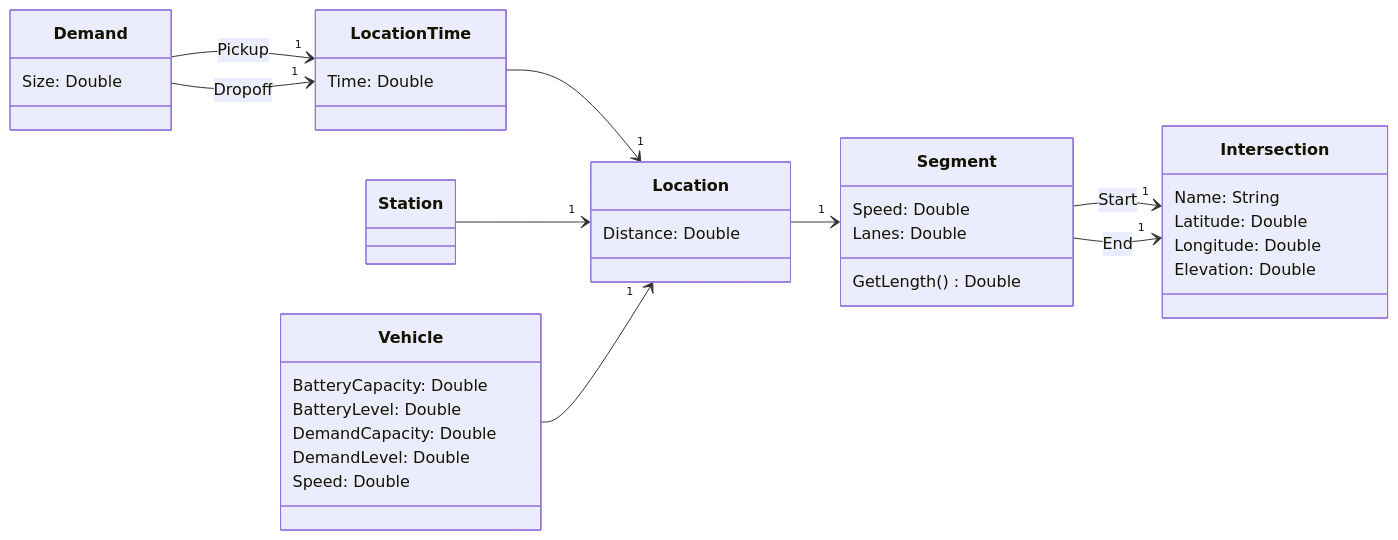
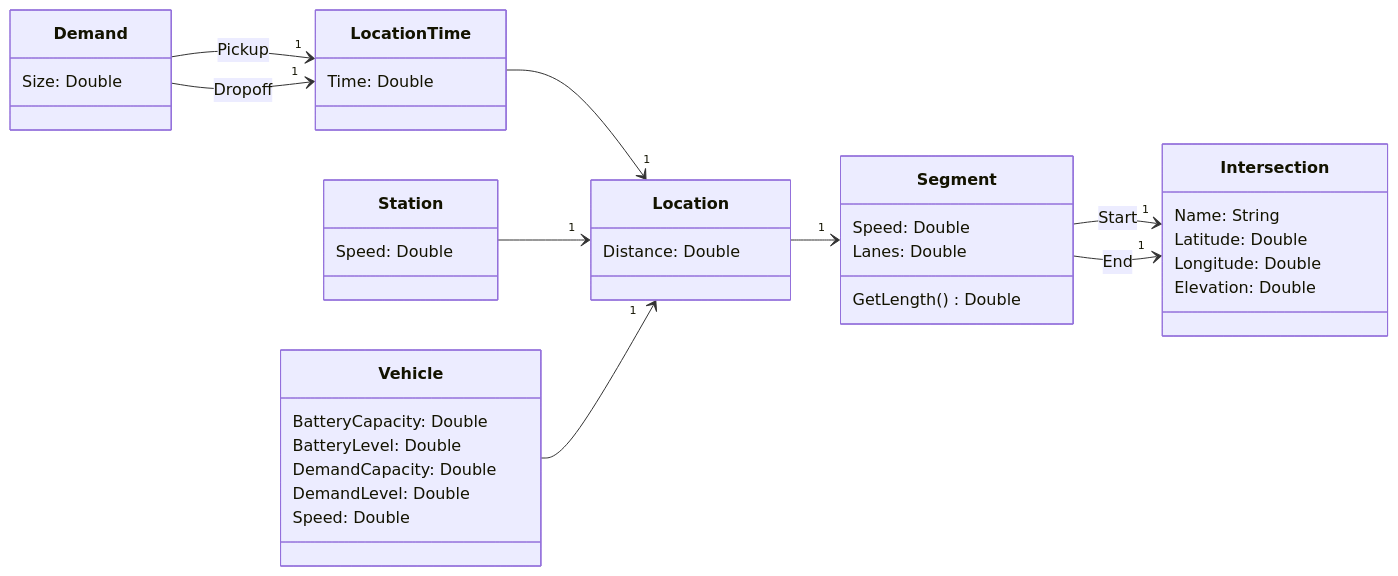
One commit to ghackenberg/transport-ide changed the first of 3 diagrams in README.md. Above: the diagram before and after it, drawn with Mermaid. The commit also changed other lines of this file and 1 other file, not shown here.

Commit message:
add class diagram for statistics and add debug message

````diff
--- a/README.md
+++ b/README.md
@@ -9,42 +9,42 @@
 ```mermaid
 classDiagram
     direction LR
     class Intersection {
         Name: String
         Latitude: Double
         Longitude: Double
         Elevation: Double
     }
     class Segment {
         Speed: Double
         Lanes: Double
         GetLength() Double
     }
     class Location {
         Distance: Double
     }
     class LocationTime {
         Time: Double
     }
     class Station {
-
+        Speed: Double
     }
     class Vehicle {
         BatteryCapacity: Double
         BatteryLevel: Double
         DemandCapacity: Double
         DemandLevel: Double
         Speed: Double
     }
     class Demand {
         Size: Double
     }
     Segment --> "1" Intersection:Start
     Segment --> "1" Intersection:End
     Location --> "1" Segment
     LocationTime --> "1" Location
     Station --> "1" Location
     Vehicle --> "1" Location
     Demand --> "1" LocationTime:Pickup
     Demand --> "1" LocationTime:Dropoff
 ```
````
